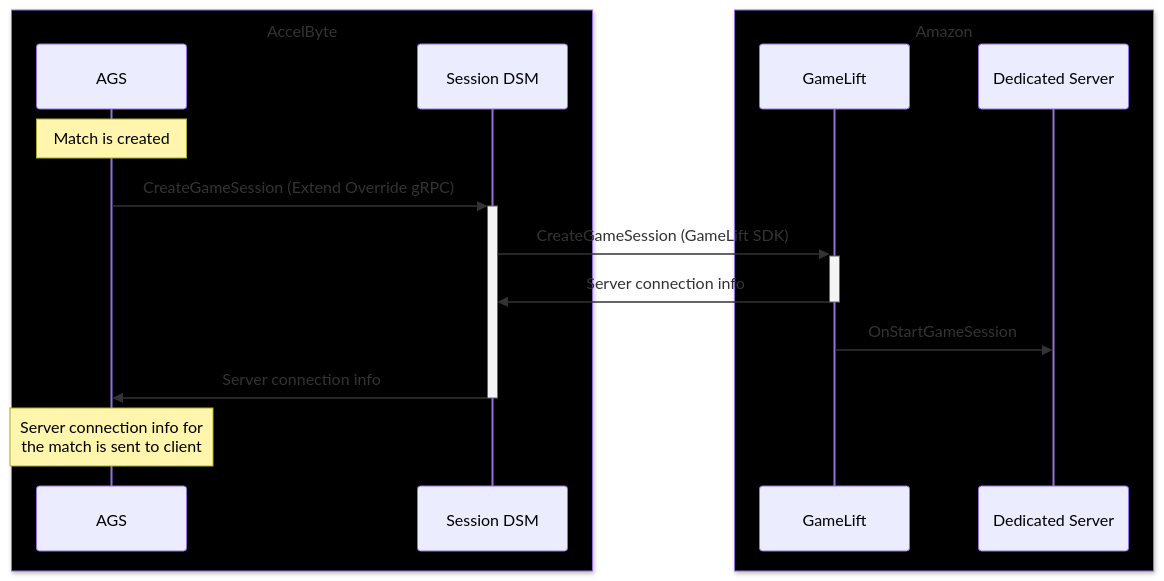
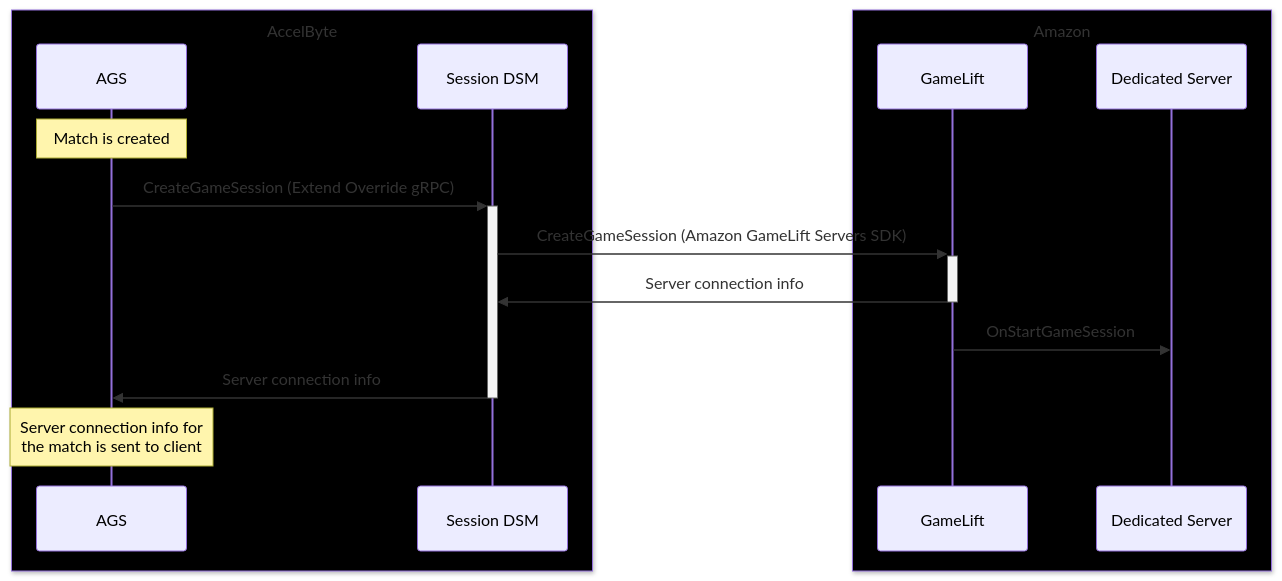
Before and after one commit to AccelByte/session-dsm-grpc-plugin-gamelift-go: the first of 2 diagrams in README.md, drawn with Mermaid. The commit also changed other lines of this file and 3 other files, not shown here.

````diff
--- a/README.md
+++ b/README.md
@@ -24,24 +21,24 @@
 ```mermaid
 sequenceDiagram
 	box black AccelByte
 		participant AGS
 		participant Session DSM
 	end
 	box black Amazon
 		participant GameLift
 		participant Dedicated Server
 	end
 
 	Note over AGS: Match is created
 	
 	AGS ->> +Session DSM: CreateGameSession (Extend Override gRPC)
 
-	Session DSM ->> +GameLift: CreateGameSession (GameLift SDK)
+	Session DSM ->> +GameLift: CreateGameSession (Amazon GameLift Servers SDK)
 	GameLift ->> -Session DSM: Server connection info
 
 	GameLift ->> Dedicated Server: OnStartGameSession
 	
 	Session DSM ->> -AGS:	Server connection info
 	
 	Note over AGS: Server connection info for <br> the match is sent to client
 ```
````
